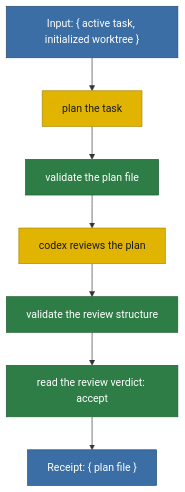
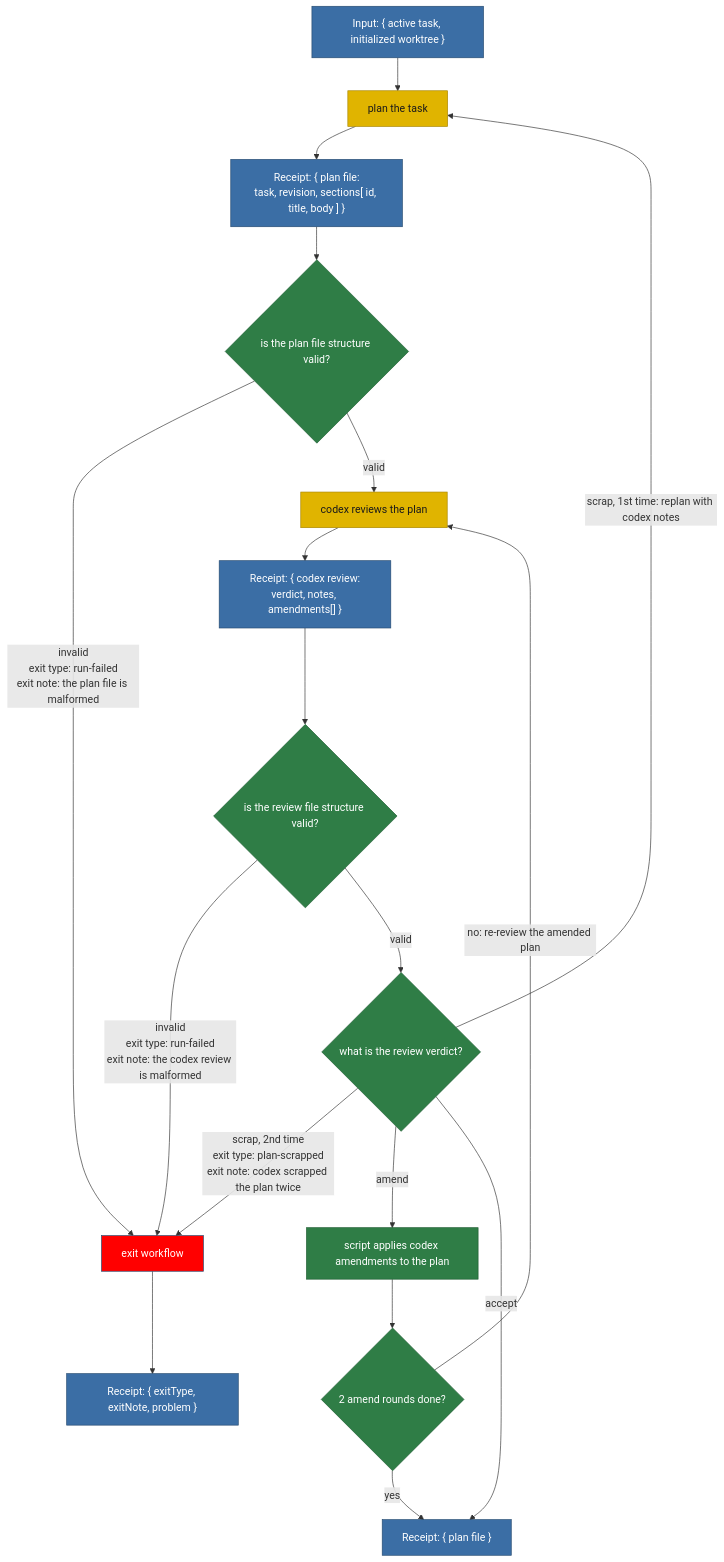
One commit to matkatmusic/taskTools changed the diagram in plans/diagram/pipeline-planning.mmd. Above: the diagram before and after it, drawn with Mermaid.

Commit message:
updated planning pipeline

```diff
--- a/plans/diagram/pipeline-planning.mmd
+++ b/plans/diagram/pipeline-planning.mmd
@@ -1,37 +1,65 @@
 flowchart TB
 %% PLANNING PIPELINE. Split from pipeline.mmd.
-%% HAPPY PATH ONLY. The loops and the early exits are not drawn yet.
-%% Input: an initialized worktree and an active task from the preamble pipeline.
-%% Starts at "plan the task". Ends with a plan file.
+%% Input: an active task and an initialized worktree from the preamble pipeline.
+%% Starts at "plan the task". Ends with a plan file, or with an exit.
 %% Rules that apply everywhere, not steps:
 %%   1. Every git interaction goes through a script. Never prose.
 %%   2. Every read and write of tasks.json is atomic.
+%%   3. A script that fails operationally, as opposed to returning a verdict,
+%%      exits the run as run-failed. The task is already active and a worktree
+%%      already exists here, so the exit workflow always runs in full.
+%%   4. Codex gets two rounds of each kind. Two scraps end the run. Two amend
+%%      rounds stop the re-review: the amendments are applied and the plan is
+%%      taken as it stands.
 %% Box definitions where the name alone is not enough:
-%%   validate the plan file      - a script, structure only, no judgement of the
+%%   is the plan file structure valid?      - a script, structure only, no judgement of the
 %%                                 plan's content: the file parses as JSON, its
 %%                                 task number matches, its revision is a positive
 %%                                 integer, and its sections are a non-empty array
 %%                                 of objects each holding a unique kebab-case id,
 %%                                 a string title and a string body.
 %%                                 See scripts/tackle-tasks/validatePlanFile.ts
-%%   validate the review structure
+%%   is the review file structure valid?
 %%                               - a script, structure only: the review parses,
 %%                                 carries one of the three verdicts, and carries
 %%                                 the fields that verdict requires.
 %%                                 See scripts/tackle-tasks/validateCodexReview.ts
-%%   read the review verdict     - three outcomes: accept, amend, scrap. Only
-%%                                 accept is drawn here.
+%%   what is the review verdict?     - three outcomes: accept, amend, scrap.
+%%   2 amend rounds done?        - the amendments are applied either way. The
+%%                                 counter only decides whether codex sees the
+%%                                 amended plan again.
+%% A structure failure is a broken agent, not a bad plan, so it is not retried and
+%% does not burn a scrap attempt. Its receipt carries the validator's problem text.
+%% Exit types this pipeline can produce:
+%%   plan-scrapped      - codex scrapped the plan twice
+%%   run-failed         - a script failed operationally, structure failures included
+%% run-failed is deliberately not drawn as an edge out of every box. It can leave
+%% ANY green box, so drawing it would add one edge per box and hide the flow.
 
   INPUT["Input: { active task, initialized worktree }"] --> P
-  P["plan the task"] --> VALP["validate the plan file"]
-  VALP --> R["codex reviews the plan"]
-  R --> VALR["validate the review structure"]
-  VALR --> QR["read the review verdict: accept"]
-  QR --> RECEIPT["Receipt: { plan file }"]
+  P["plan the task"] --> PLANFILE["Receipt: { plan file:<br/>task, revision, sections[ id, title, body ] }"]
+  PLANFILE --> VALP{"is the plan file structure valid?"}
+  VALP -- "invalid<br/>exit type: run-failed<br/>exit note: the plan file is malformed" --> EXITWF
+  VALP -- valid --> R["codex reviews the plan"]
+  R --> REVIEW["Receipt: { codex review:<br/>verdict, notes, amendments[] }"]
+  REVIEW --> VALR{"is the review file structure valid?"}
+  VALR -- "invalid<br/>exit type: run-failed<br/>exit note: the codex review is malformed" --> EXITWF
+  VALR -- valid --> QR{"what is the review verdict?"}
+  QR -- "scrap, 1st time: replan with codex notes" --> P
+  QR -- "scrap, 2nd time<br/>exit type: plan-scrapped<br/>exit note: codex scrapped the plan twice" --> EXITWF
+  QR -- amend --> AM["script applies codex amendments to the plan"]
+  AM --> QAM{"2 amend rounds done?"}
+  QAM -- "no: re-review the amended plan" --> R
+  QAM -- yes --> RECEIPT
+  QR -- accept --> RECEIPT["Receipt: { plan file }"]
+
+  EXITWF["exit workflow"] --> FAIL_RECEIPT["Receipt: { exitType, exitNote, problem }"]
 
   classDef script fill:#2f7d46,stroke:#1e5c31,color:#ffffff
   classDef prose fill:#e0b400,stroke:#a88600,color:#1a1a1a
   classDef output fill:#3b6ea5,stroke:#254a70,color:#ffffff
-  class VALP,VALR,QR script
+  classDef fail fill:red,stroke:#254a70,color:#ffffff
+  class VALP,VALR,QR,AM,QAM script
   class P,R prose
-  class INPUT,RECEIPT output
+  class EXITWF fail
+  class INPUT,PLANFILE,REVIEW,RECEIPT,FAIL_RECEIPT output
```
